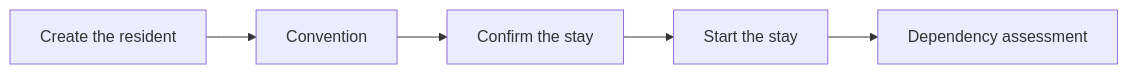
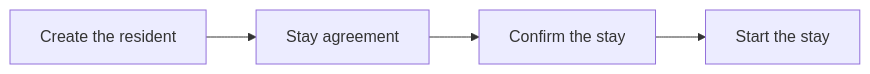
One commit to lplg-europe/resthome-documentation changed the diagram in content/residents/gerer-un-resident.md. Above: the diagram before and after it, drawn with Mermaid. The commit also changed other lines of this file and 79 other files, not shown here.

````diff
--- a/content/residents/gerer-un-resident.md
+++ b/content/residents/gerer-un-resident.md
@@ -34,7 +30,6 @@
 ```mermaid
 graph LR
-  A[Create the resident] --> B[Convention]
+  A[Create the resident] --> B[Stay agreement]
   B --> C[Confirm the stay]
   C --> D[Start the stay]
-  D --> E[Dependency assessment]
 ```
````
